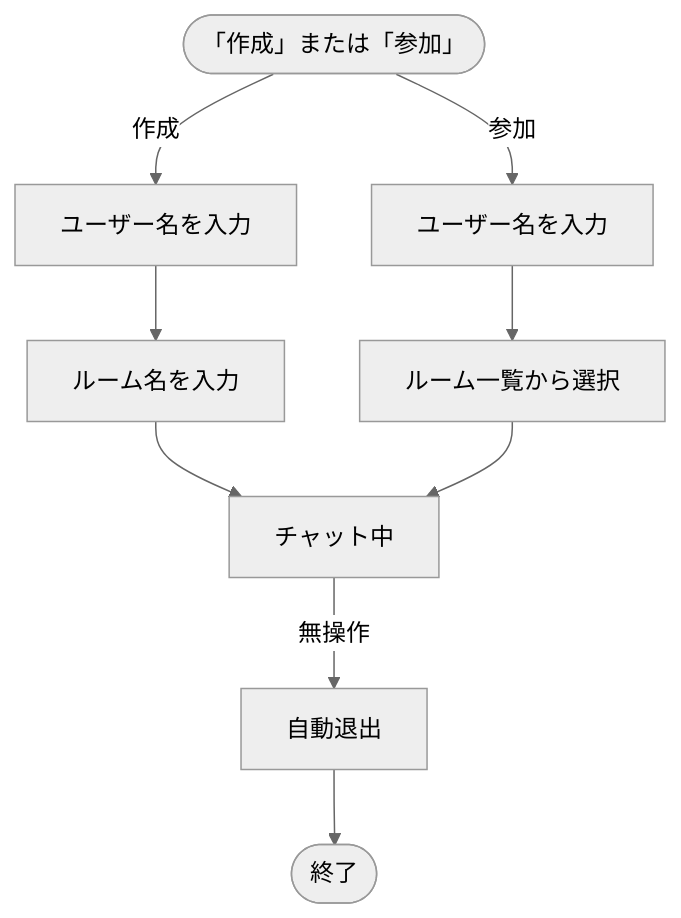
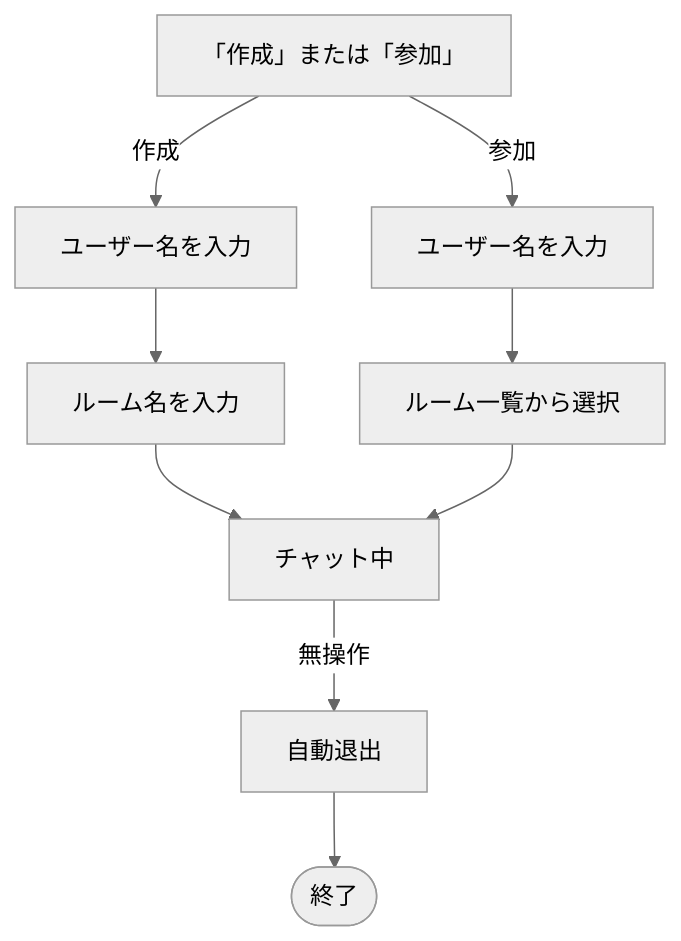
Before and after one commit to BackendExplorer/Online-Chat-Service: the first of 4 diagrams in README.md, drawn with Mermaid (neutral theme).

````diff
--- a/README.md
+++ b/README.md
@@ -177,20 +177,20 @@
 ```mermaid
 flowchart TD
     %%─── ノード定義 ───
-    選択(["「作成」または「参加」"])
+    選択["「作成」または「参加」"]
 
     入力作成[ユーザー名を入力]
     ルーム名入力[ルーム名を入力]
 
     入力参加[ユーザー名を入力]
     ルーム一覧[ルーム一覧から選択]
 
     チャット中[チャット中]
     自動退出[自動退出]
     End([終了])
 
     %%─── フロー定義 ───
     選択 -- 作成 --> 入力作成 --> ルーム名入力 --> チャット中
     選択 -- 参加 --> 入力参加 --> ルーム一覧 --> チャット中
     チャット中 -->|無操作| 自動退出 --> End
 ```
````
